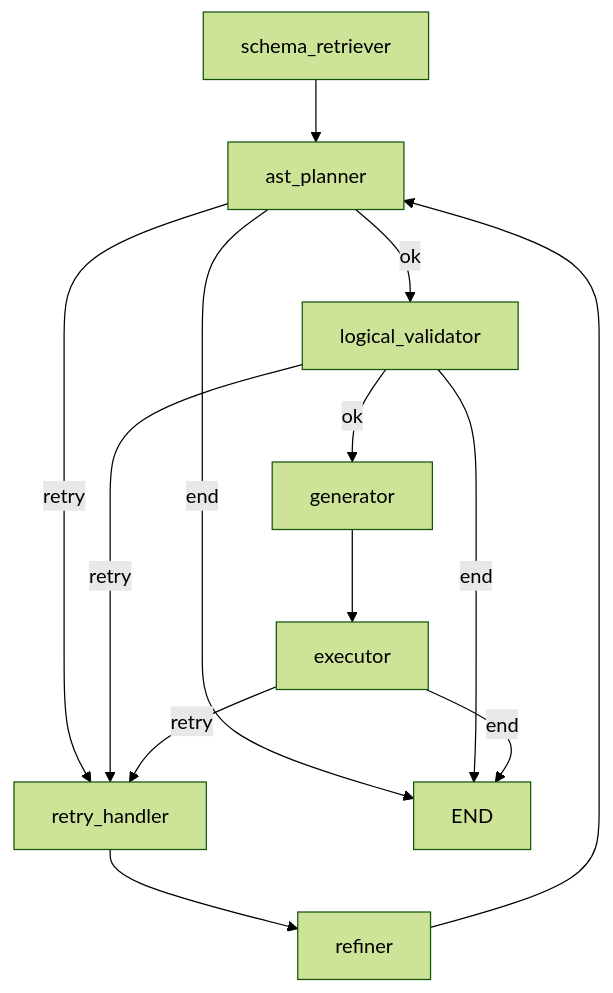
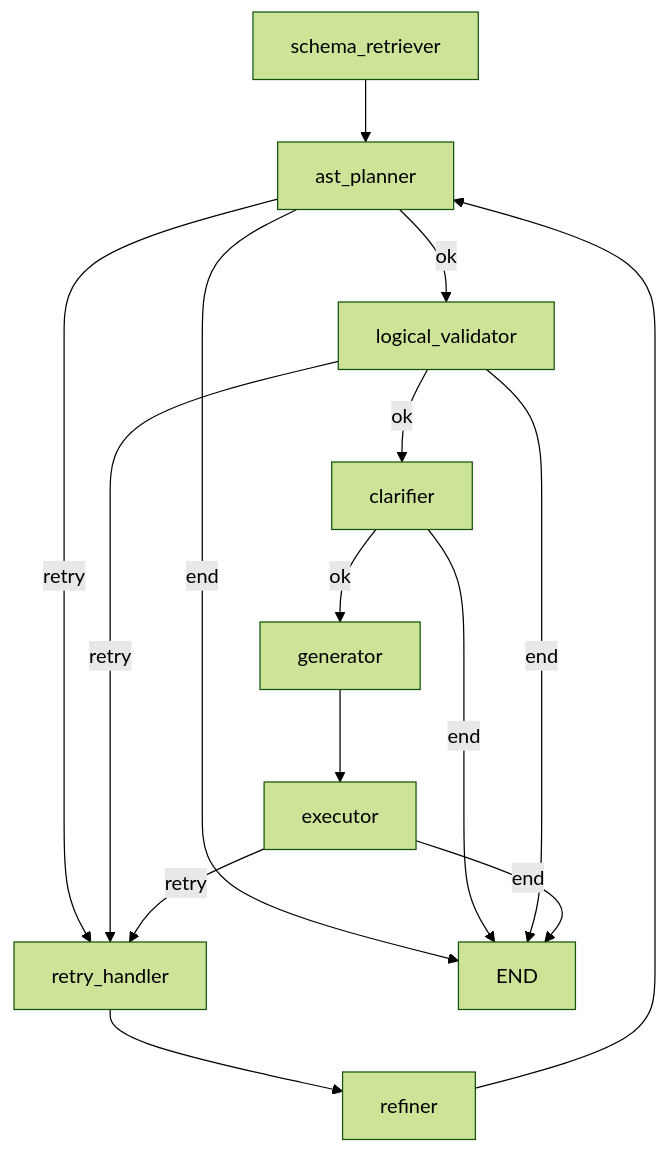
Before and after one commit to nadeem4/nl2sql: the diagram in docs/architecture/subgraphs/sql_agent.md, drawn with Mermaid (forest theme). The commit also changed other lines of this file and 29 other files, not shown here.

````diff
--- a/docs/architecture/subgraphs/sql_agent.md
+++ b/docs/architecture/subgraphs/sql_agent.md
@@ -63,14 +65,16 @@
 ```mermaid
 flowchart TD
     schema_retriever --> ast_planner
     ast_planner -->|ok| logical_validator
     ast_planner -->|retry| retry_handler
     ast_planner -->|end| END
-    logical_validator -->|ok| generator
+    logical_validator -->|ok| clarifier
+    clarifier -->|ok| generator
+    clarifier -->|end| END
     logical_validator -->|retry| retry_handler
     logical_validator -->|end| END
     retry_handler --> refiner --> ast_planner
     generator --> executor
     executor -->|retry| retry_handler
     executor -->|end| END
 ```
````
